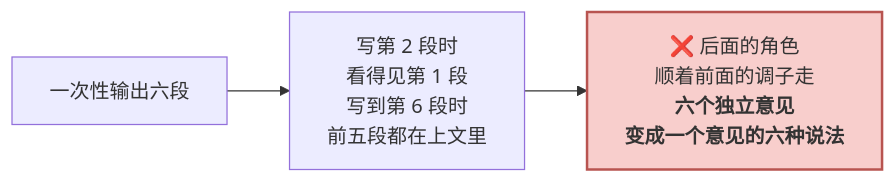
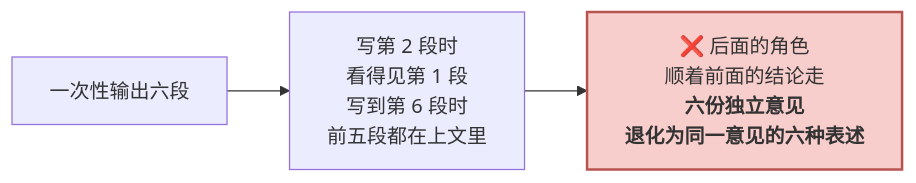
One commit to Woaini654321/efficiency-improvement changed the fourth of 7 diagrams in 全员认知培训/研发AI提效落地方案·流程先行（试行）.md. Above: the diagram before and after it, drawn with Mermaid. The commit also changed other lines of this file, not shown here.

````diff
--- a/全员认知培训/研发AI提效落地方案·流程先行（试行）.md
+++ b/全员认知培训/研发AI提效落地方案·流程先行（试行）.md
@@ -157,6 +157,6 @@
 ```mermaid
 flowchart LR
     A["一次性输出六段"] --> B["写第 2 段时<br/>看得见第 1 段<br/>写到第 6 段时<br/>前五段都在上文里"]
-    B --> C["❌ 后面的角色<br/>顺着前面的调子走<br/><b>六个独立意见<br/>变成一个意见的六种说法</b>"]
+    B --> C["❌ 后面的角色<br/>顺着前面的结论走<br/><b>六份独立意见<br/>退化为同一意见的六种表述</b>"]
     style C fill:#f8cecc,stroke:#b85450,stroke-width:2px
 ```
````
